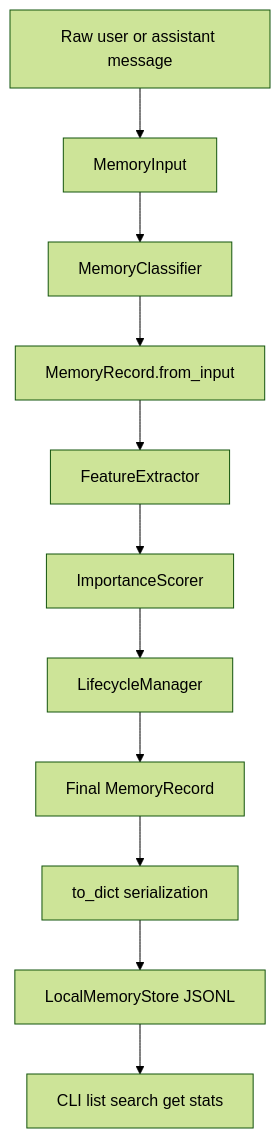
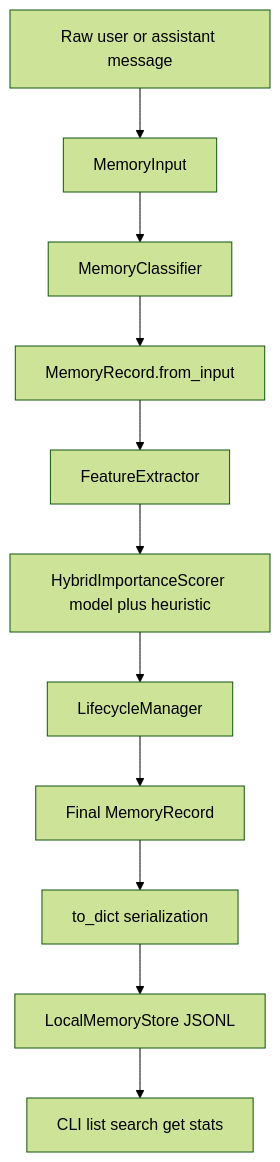
Before and after one commit to JosephRemingston/capstone: the first of 5 diagrams in system_design.md, drawn with Mermaid (forest theme). The commit also changed other lines of this file and 88 other files, not shown here.

````diff
--- a/system_design.md
+++ b/system_design.md
@@ -115,13 +115,13 @@
 ```mermaid
 flowchart TD
     A[Raw user or assistant message] --> B[MemoryInput]
     B --> C[MemoryClassifier]
     C --> D[MemoryRecord.from_input]
     D --> E[FeatureExtractor]
-    E --> F[ImportanceScorer]
+    E --> F[HybridImportanceScorer model plus heuristic]
     F --> G[LifecycleManager]
     G --> H[Final MemoryRecord]
     H --> I[to_dict serialization]
     I --> J[LocalMemoryStore JSONL]
     J --> K[CLI list search get stats]
 ```
````
